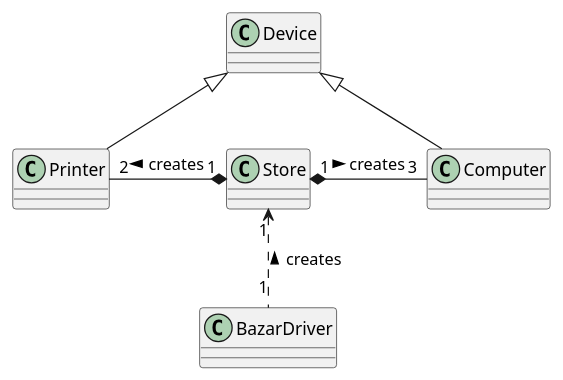
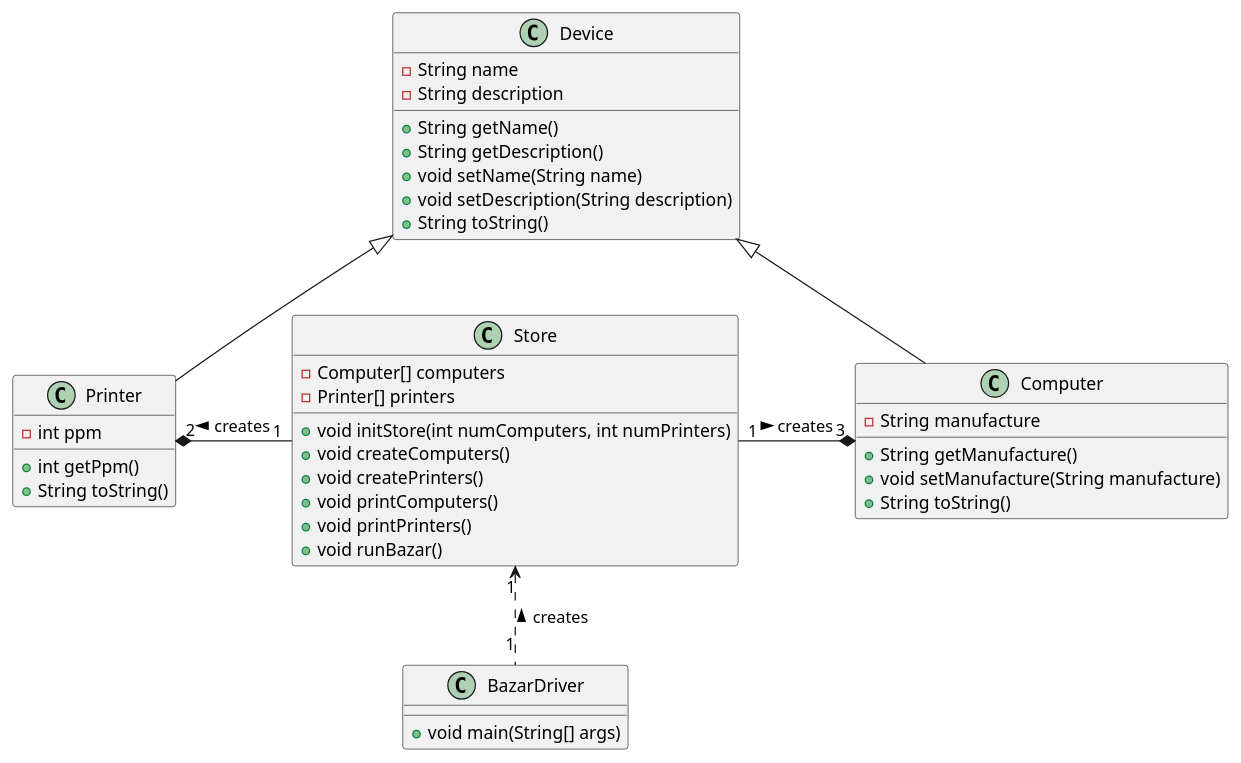
The diagram in src/Diagram.puml (jenul-ferdinand/digital-bazaar), drawn with PlantUML before and after one commit. The commit also changed 3 other files, not shown here.

First line of the commit message:
Altered diagram, toString of Printer and Computer and comments

```diff
--- a/src/Diagram.puml
+++ b/src/Diagram.puml
@@ -1,33 +1,51 @@
 @startuml
 
 class BazarDriver {
-
+    + void main(String[] args)
 }
 
 class Store {
-
+    - Computer[] computers
+    - Printer[] printers
+    + void initStore(int numComputers, int numPrinters)
+    + void createComputers()
+    + void createPrinters()
+    + void printComputers()
+    + void printPrinters()
+    + void runBazar()
 }
 
 class Printer {
-
+    - int ppm
+    + int getPpm()
+    + String toString()
 }
 
 class Computer {
-
+    - String manufacture
+    + String getManufacture()
+    + void setManufacture(String manufacture)
+    + String toString()
 }
 
 class Device {
-
+    - String name
+    - String description
+    + String getName()
+    + String getDescription()
+    + void setName(String name)
+    + void setDescription(String description)
+    + String toString()
 }
 
 Printer -u-|> Device
 Computer -u-|> Device
 
-Printer "2" -r-* "1" Store : creates <
-Computer "3" -l-* "1" Store : creates <
+Printer "2" *-r- "1" Store : creates <
+Computer "3" *-l- "1" Store : creates <
 
 BazarDriver "1" .u.> "1" Store : creates >
 
 
 
 @enduml
```
